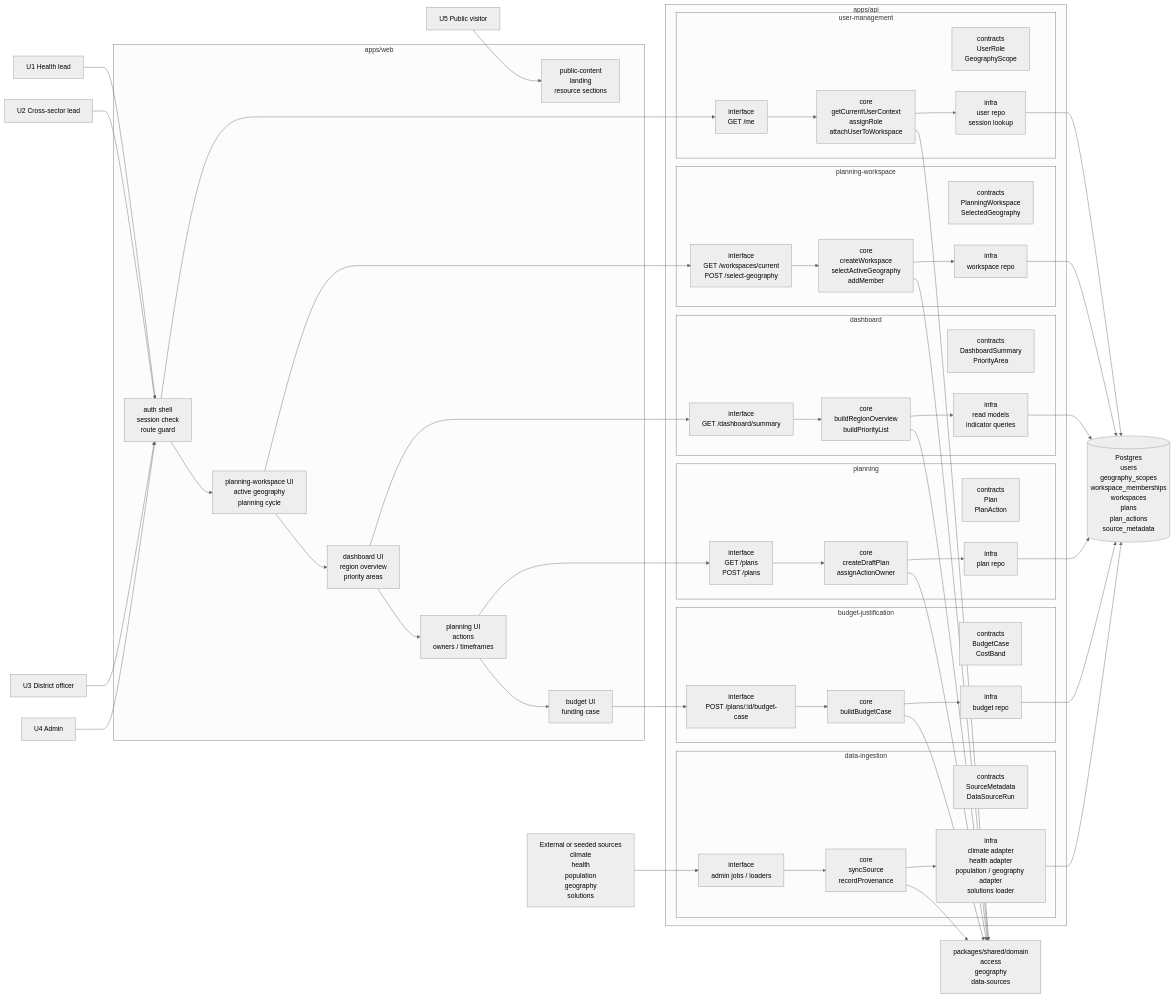
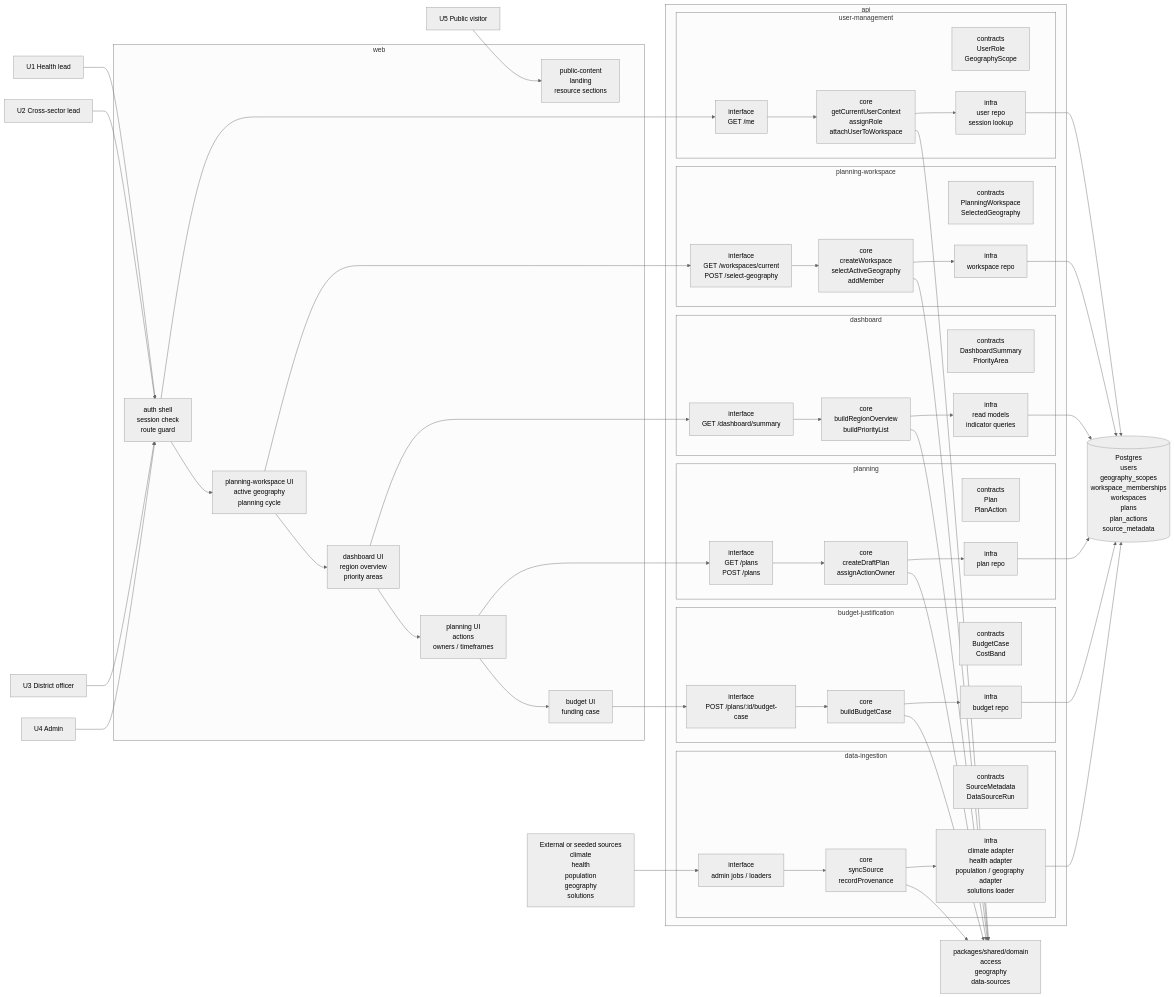
Before and after one commit to CHART-Scope/CHART: the first of 5 diagrams in CHART-HIGH-LEVEL-MODULE-DESIGN.md, drawn with Mermaid (neutral theme). The commit also changed 63 other files, not shown here.

```diff
--- a/CHART-HIGH-LEVEL-MODULE-DESIGN.md
+++ b/CHART-HIGH-LEVEL-MODULE-DESIGN.md
@@ -30,7 +30,7 @@
     U3["U3 District officer"]
     U4["U4 Admin"]
 
-    subgraph Web["apps/web"]
+    subgraph Web["web"]
         WebPublic["public-content<br/>landing<br/>resource sections"]
         WebAuth["auth shell<br/>session check<br/>route guard"]
         WebWorkspace["planning-workspace UI<br/>active geography<br/>planning cycle"]
@@ -39,7 +39,7 @@
         WebBudget["budget UI<br/>funding case"]
     end
 
-    subgraph API["apps/api"]
+    subgraph API["api"]
         subgraph UserManagement["user-management"]
             UMContracts["contracts<br/>UserRole<br/>GeographyScope"]
             UMCore["core<br/>getCurrentUserContext<br/>assignRole<br/>attachUserToWorkspace"]
```
